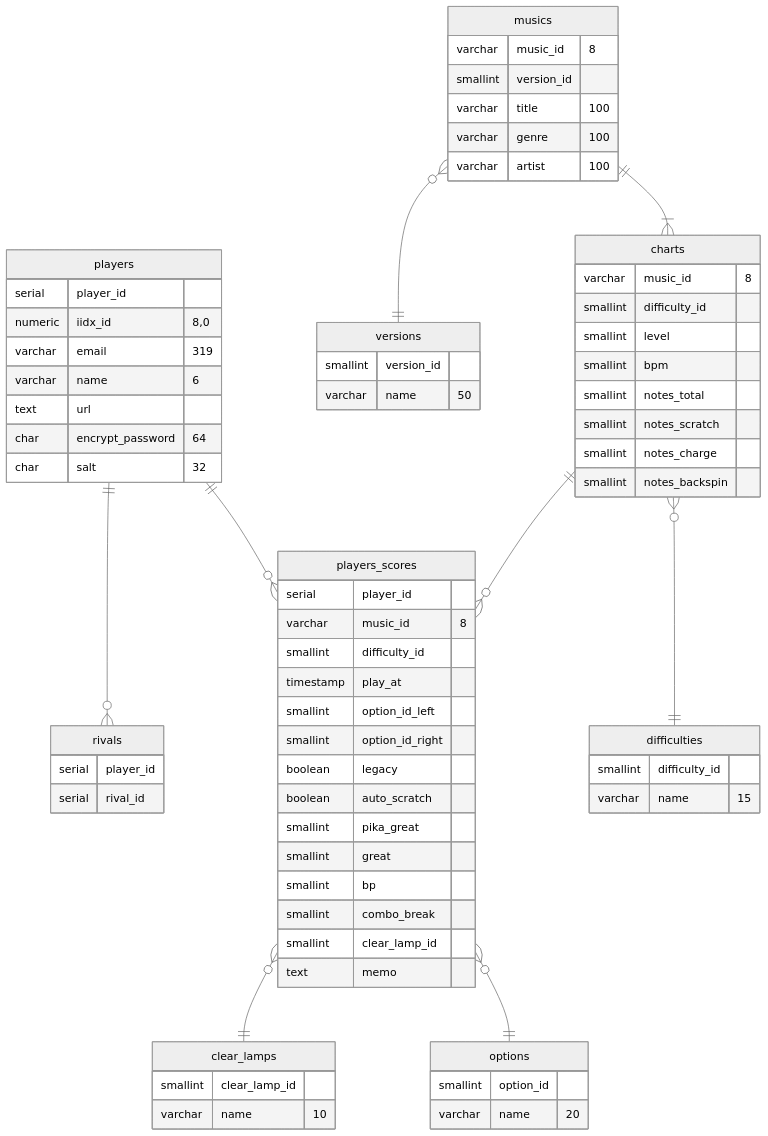
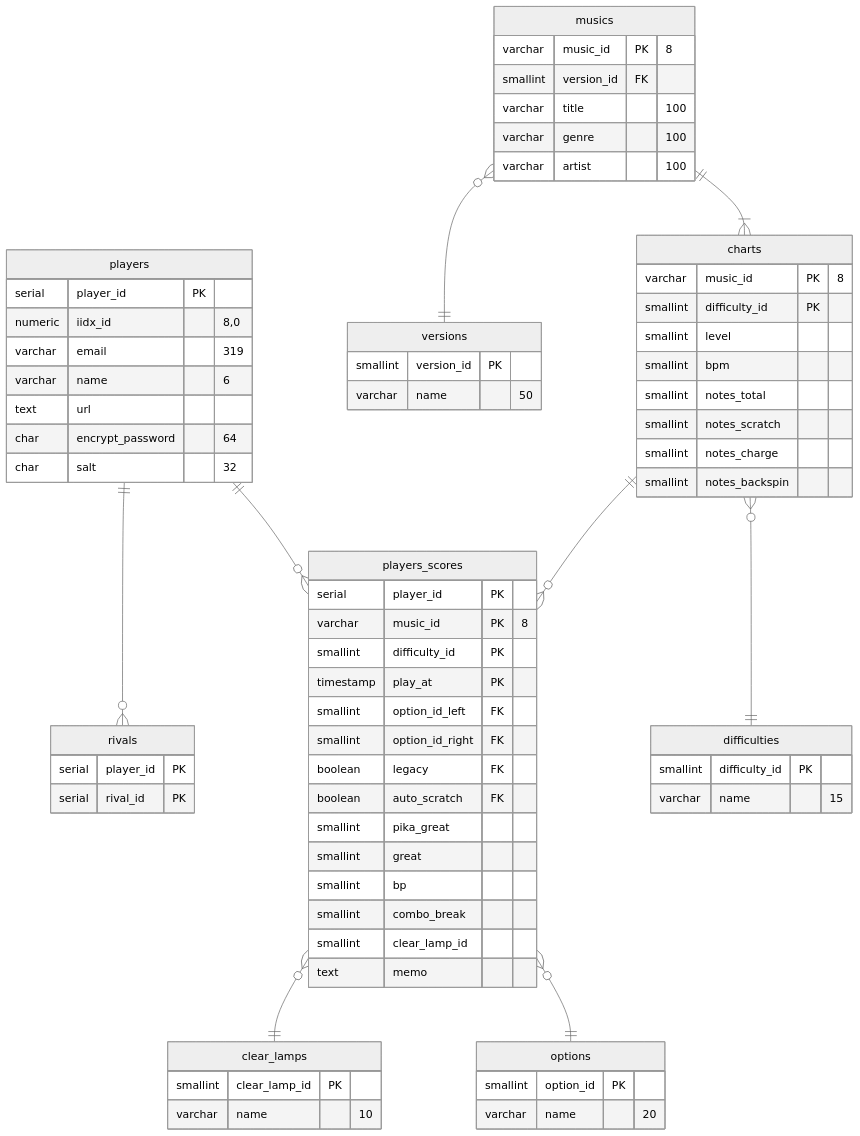
Before and after one commit to tn369/dbr-manager: the diagram in ER_Diagram.md, drawn with Mermaid (neutral theme).

Commit message:
refactor 各テーブルのPKとFKをER図に反映

```diff
--- a/ER_Diagram.md
+++ b/ER_Diagram.md
@@ -14,7 +14,7 @@
 charts ||--o{ players_scores:""
 
 players{
-    serial player_id
+    serial player_id PK
     numeric iidx_id "8,0"
     varchar email "319"
     varchar name "6"
@@ -24,19 +24,19 @@
 }
 
 rivals {
-    serial player_id
-    serial rival_id
+    serial player_id PK
+    serial rival_id PK
 }
 
 players_scores {
-    serial player_id
-    varchar music_id "8"
-    smallint difficulty_id
-    timestamp play_at
-    smallint option_id_left
-    smallint option_id_right
-    boolean legacy
-    boolean auto_scratch
+    serial player_id PK
+    varchar music_id PK "8"
+    smallint difficulty_id PK
+    timestamp play_at PK
+    smallint option_id_left FK
+    smallint option_id_right FK
+    boolean legacy FK
+    boolean auto_scratch FK
     smallint pika_great
     smallint great
     smallint bp
@@ -46,31 +46,31 @@
 }
 
 clear_lamps {
-    smallint clear_lamp_id
+    smallint clear_lamp_id PK
     varchar name "10"
 }
 
 options {
-    smallint option_id
+    smallint option_id PK
     varchar name "20"
 }
 
 musics {
-    varchar music_id "8"
-    smallint version_id
+    varchar music_id PK "8"
+    smallint version_id FK
     varchar title "100"
     varchar genre "100"
     varchar artist "100"
 }
 
 versions {
-    smallint version_id
+    smallint version_id PK
     varchar name "50"
 }
 
 charts {
-    varchar music_id "8"
-    smallint difficulty_id
+    varchar music_id PK "8"
+    smallint difficulty_id PK
     smallint level
     smallint bpm
     smallint notes_total
@@ -80,7 +80,7 @@
 }
 
 difficulties {
-    smallint difficulty_id
+    smallint difficulty_id PK
     varchar name "15"
 }
 
```
